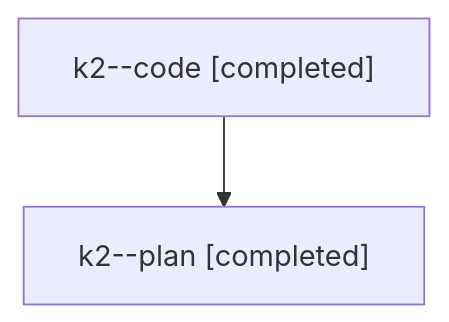
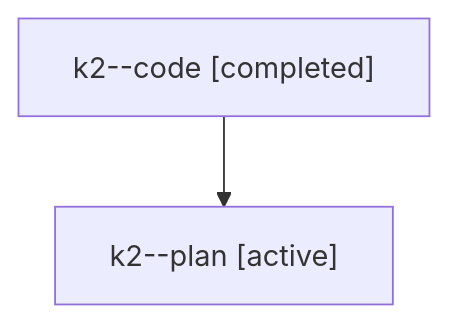
The diagram in families/bbugyi200.athena.k2.md (sase-org/sase--agents), drawn with Mermaid before and after one commit. The commit also changed other lines of this file and 8679 other files, not shown here.

````diff
--- a/families/bbugyi200.athena.k2.md
+++ b/families/bbugyi200.athena.k2.md
@@ -9,6 +9,6 @@
 ```mermaid
 flowchart TD
   n0["k2--code [completed]"]
-  n1["k2--plan [completed]"]
+  n1["k2--plan [active]"]
   n0 --> n1
 ```
````
